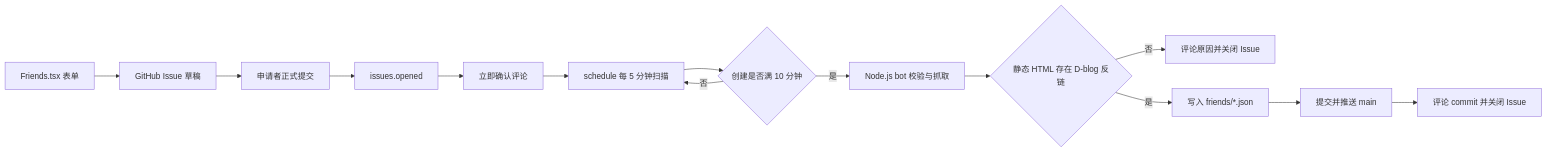
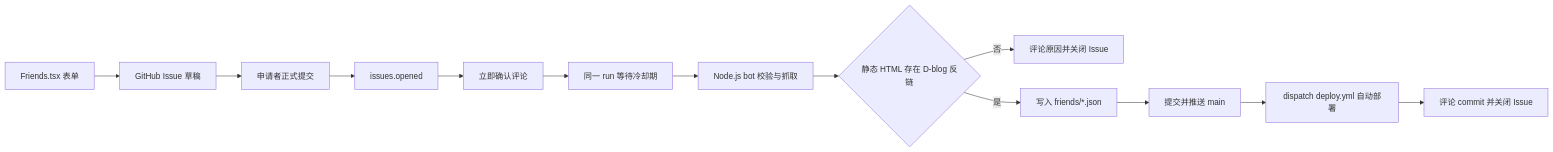
The diagram in posts/github-actions-auto-friend-link-review.md (ououduck/D-blog), drawn with Mermaid before and after one commit. The commit also changed other lines of this file and 2 other files, not shown here.

Commit message:
feat: 优化友链申请审核流程，增加自动触发部署和图表渲染性能

````diff
--- a/posts/github-actions-auto-friend-link-review.md
+++ b/posts/github-actions-auto-friend-link-review.md
@@ -64,16 +65,15 @@
 ```mermaid
 flowchart LR
   A[Friends.tsx 表单] --> B[GitHub Issue 草稿]
   B --> C[申请者正式提交]
   C --> D[issues.opened]
   D --> E[立即确认评论]
-  E --> F[schedule 每 5 分钟扫描]
-  F --> G{创建是否满 10 分钟}
-  G -->|否| F
-  G -->|是| H[Node.js bot 校验与抓取]
-  H --> I{静态 HTML 存在 D-blog 反链}
-  I -->|否| J[评论原因并关闭 Issue]
-  I -->|是| K[写入 friends/*.json]
-  K --> L[提交并推送 main]
+  E --> F[同一 run 等待冷却期]
+  F --> G[Node.js bot 校验与抓取]
+  G --> H{静态 HTML 存在 D-blog 反链}
+  H -->|否| I[评论原因并关闭 Issue]
+  H -->|是| J[写入 friends/*.json]
+  J --> K[提交并推送 main]
+  K --> L[dispatch deploy.yml 自动部署]
   L --> M[评论 commit 并关闭 Issue]
 ```
````
